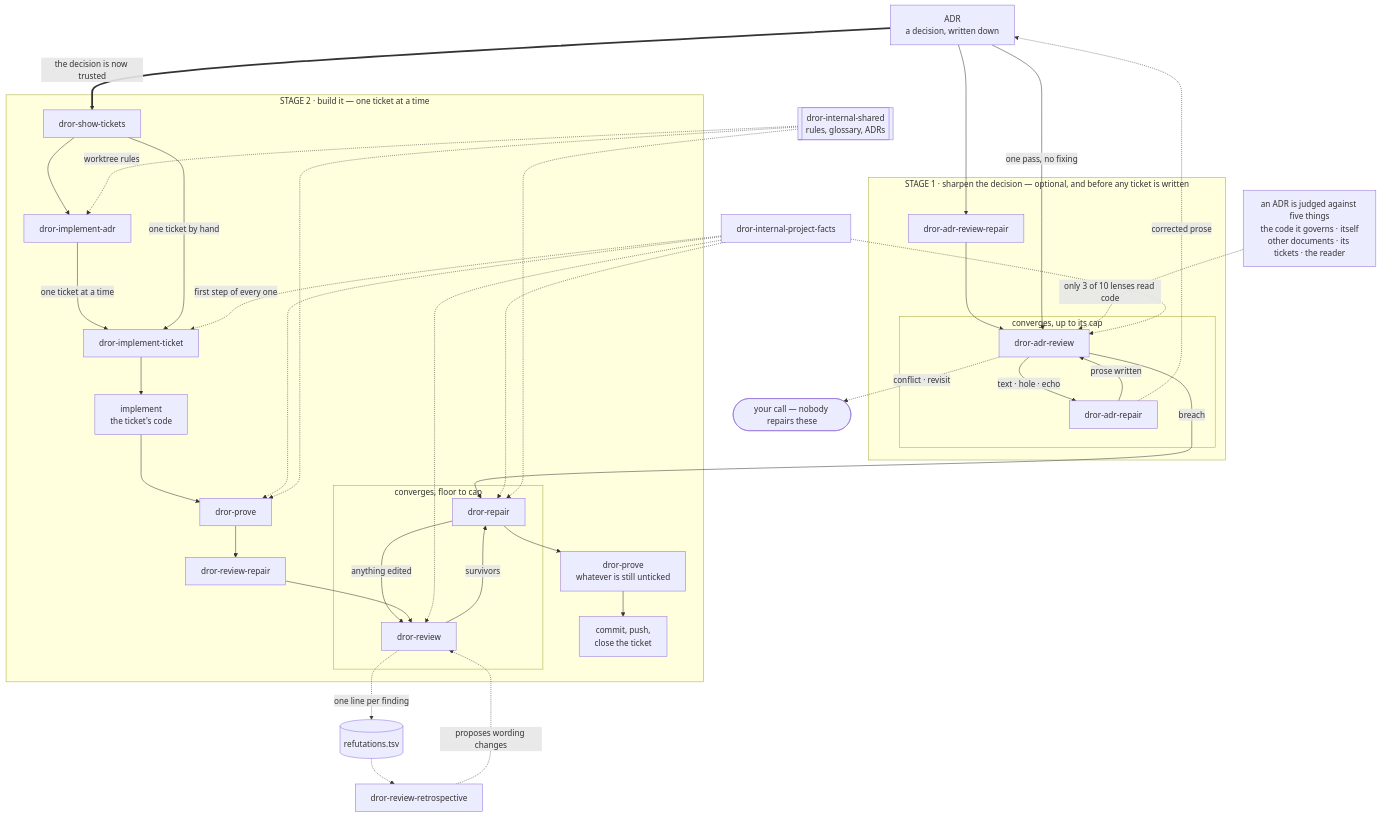
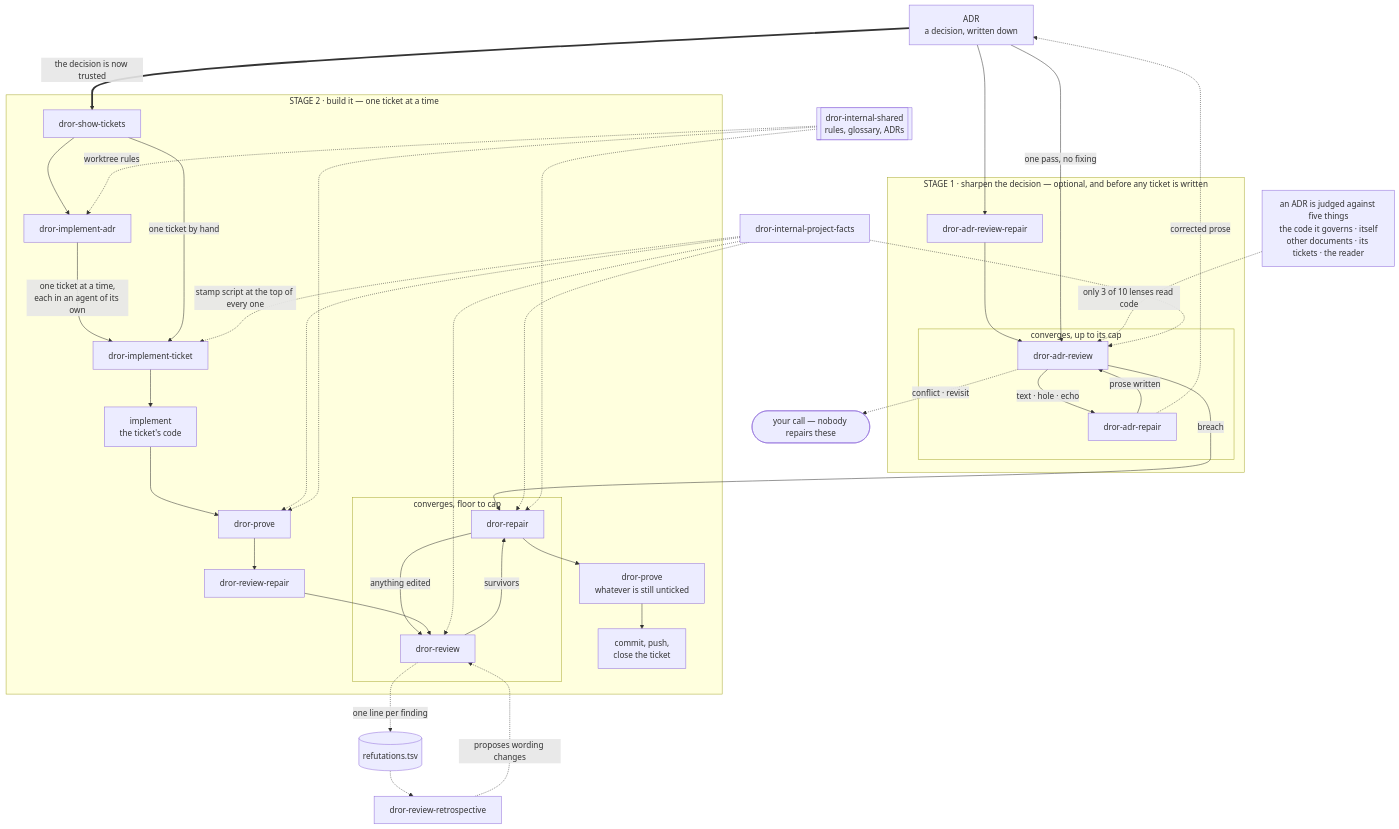
The diagram in STRUCTURE.md (drormeir/dror-skills), drawn with Mermaid before and after one commit. The commit also changed other lines of this file and 21 other files, not shown here.

First line of the commit message:
A chain skill runs in a context of its own, and the facts arrive before its text

````diff
--- a/STRUCTURE.md
+++ b/STRUCTURE.md
@@ -73,62 +73,62 @@
 ```mermaid
 flowchart TD
     ADR["ADR<br/>a decision, written down"]
 
     subgraph sharpen ["STAGE 1 · sharpen the decision — optional, and before any ticket is written"]
         ARR[dror-adr-review-repair]
 
         subgraph adrloop ["converges, up to its cap"]
             AR[dror-adr-review] -->|"text · hole · echo"| ARP[dror-adr-repair]
             ARP -->|prose written| AR
         end
 
         ARR --> AR
     end
 
     ADR --> ARR
     ADR -->|"one pass, no fixing"| AR
     ARP -.->|corrected prose| ADR
 
     AXES["an ADR is judged against five things<br/>the code it governs · itself<br/>other documents · its tickets · the reader"]
     AXES -.->|only 3 of 10 lenses read code| AR
 
     AR -.->|"conflict · revisit"| YOU(["your call — nobody repairs these"])
 
     subgraph build ["STAGE 2 · build it — one ticket at a time"]
         ST[dror-show-tickets] --> IA[dror-implement-adr]
-        IA -->|one ticket at a time| IT[dror-implement-ticket]
+        IA -->|"one ticket at a time,<br/>each in an agent of its own"| IT[dror-implement-ticket]
         ST -->|one ticket by hand| IT
 
         IT --> IMPL["implement<br/>the ticket's code"]
         IMPL --> PV[dror-prove]
         PV --> RR[dror-review-repair]
 
         subgraph loop ["converges, floor to cap"]
             RV[dror-review] -->|survivors| RP[dror-repair]
             RP -->|anything edited| RV
         end
 
         RR --> RV
         RP --> PV2["dror-prove<br/>whatever is still unticked"]
         PV2 --> CM["commit, push,<br/>close the ticket"]
     end
 
     ADR ==>|"the decision is now trusted"| ST
     AR -->|breach| RP
 
     RV -.->|one line per finding| LOG[("refutations.tsv")]
     LOG -.-> RETRO[dror-review-retrospective]
     RETRO -.->|proposes wording changes| RV
 
     PF[dror-internal-project-facts]
-    PF -.->|first step of every one| IT
+    PF -.->|stamp script at the top of every one| IT
     PF -.-> PV
     PF -.-> RV
     PF -.-> RP
     PF -.-> AR
 
     SH[["dror-internal-shared<br/>rules, glossary, ADRs"]]
     SH -.-> PV
     SH -.-> RP
     SH -.->|worktree rules| IA
 ```
````
